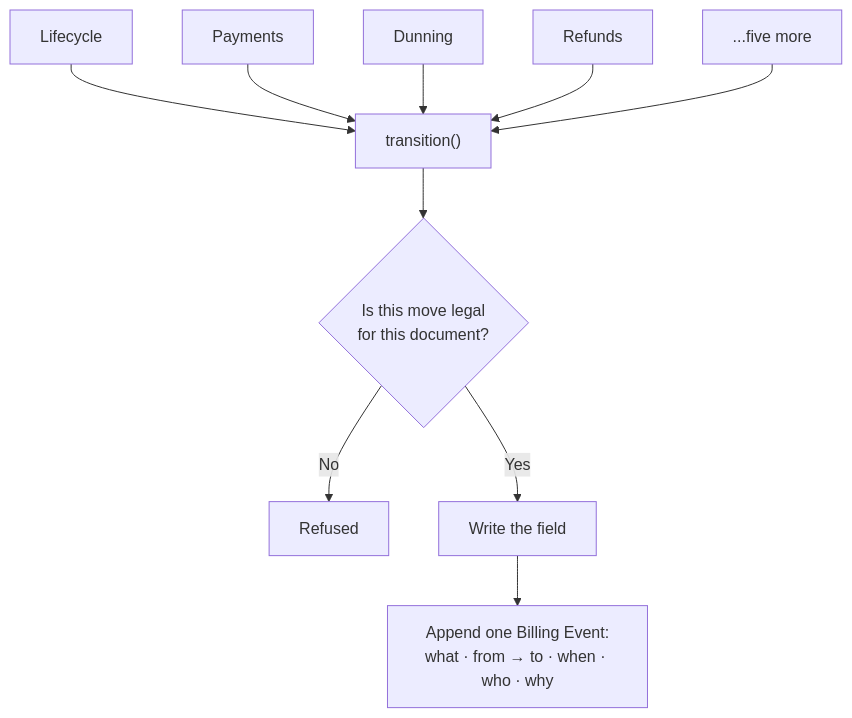
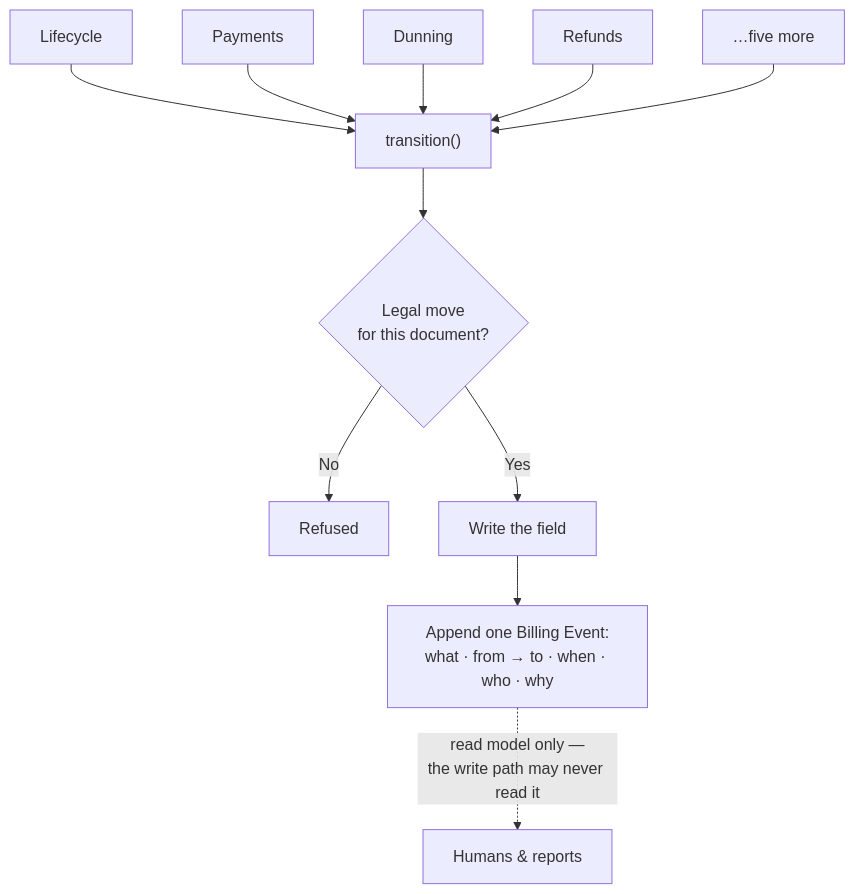
The eighth of 11 diagrams in billing-improvements-explained.md (saurabh6790/v2-billing-specs), drawn with Mermaid before and after one commit. The commit also changed other lines of this file, not shown here.

Commit message:
blog: tighter, more diagrams, our own voice

````diff
--- a/billing-improvements-explained.md
+++ b/billing-improvements-explained.md
@@ -267,12 +218,13 @@
 ```mermaid
 flowchart TD
     A["Lifecycle"] --> G["transition()"]
     B["Payments"] --> G
     C["Dunning"] --> G
     D["Refunds"] --> G
-    E["...five more"] --> G
-    G --> CHK{"Is this move legal<br/>for this document?"}
+    E["…five more"] --> G
+    G --> CHK{"Legal move<br/>for this document?"}
     CHK -->|"No"| X["Refused"]
     CHK -->|"Yes"| S["Write the field"]
     S --> LOG["Append one Billing Event:<br/>what · from → to · when · who · why"]
+    LOG -.->|"read model only —<br/>the write path may never read it"| RPT["Humans & reports"]
 ```
````
